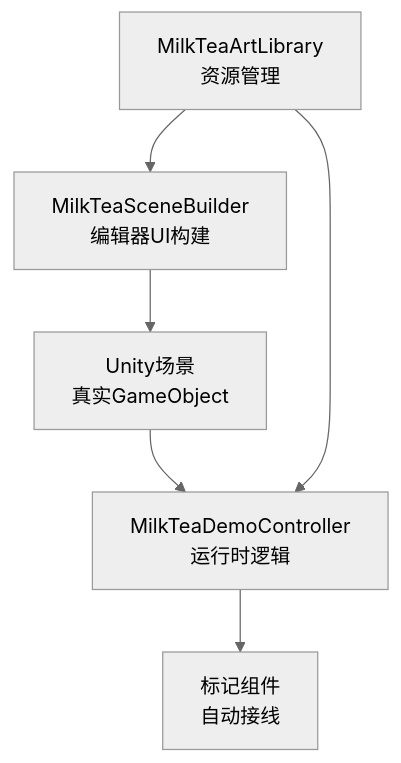
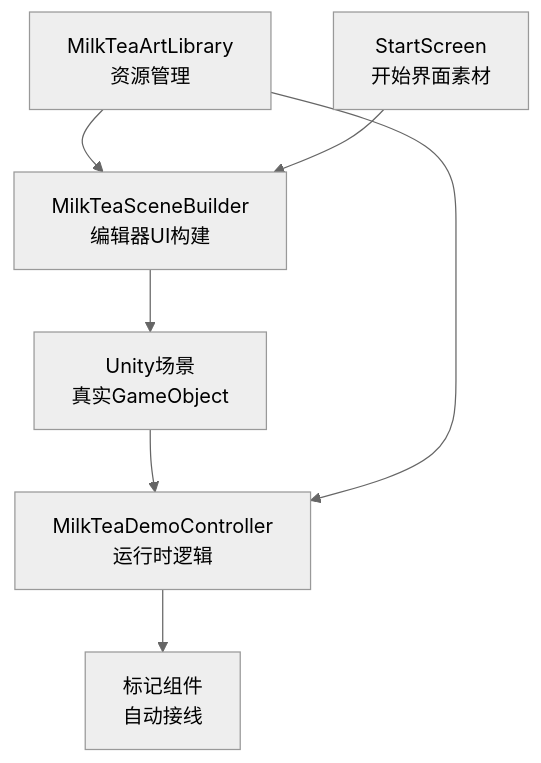
Before and after one commit to Thanatos42/-demo: the first of 7 diagrams in .qoder/repowiki/zh/content/UI架构设计.md, drawn with Mermaid (neutral theme). The commit also changed other lines of this file and 77 other files, not shown here.

````diff
--- a/.qoder/repowiki/zh/content/UI架构设计.md
+++ b/.qoder/repowiki/zh/content/UI架构设计.md
@@ -42,8 +47,9 @@
 ```mermaid
 graph TB
 A["MilkTeaSceneBuilder<br/>编辑器UI构建"] --> B["Unity场景<br/>真实GameObject"]
 B --> C["MilkTeaDemoController<br/>运行时逻辑"]
 C --> D["标记组件<br/>自动接线"]
 E["MilkTeaArtLibrary<br/>资源管理"] --> A
 E --> C
+F["StartScreen<br/>开始界面素材"] --> A
 ```
````
